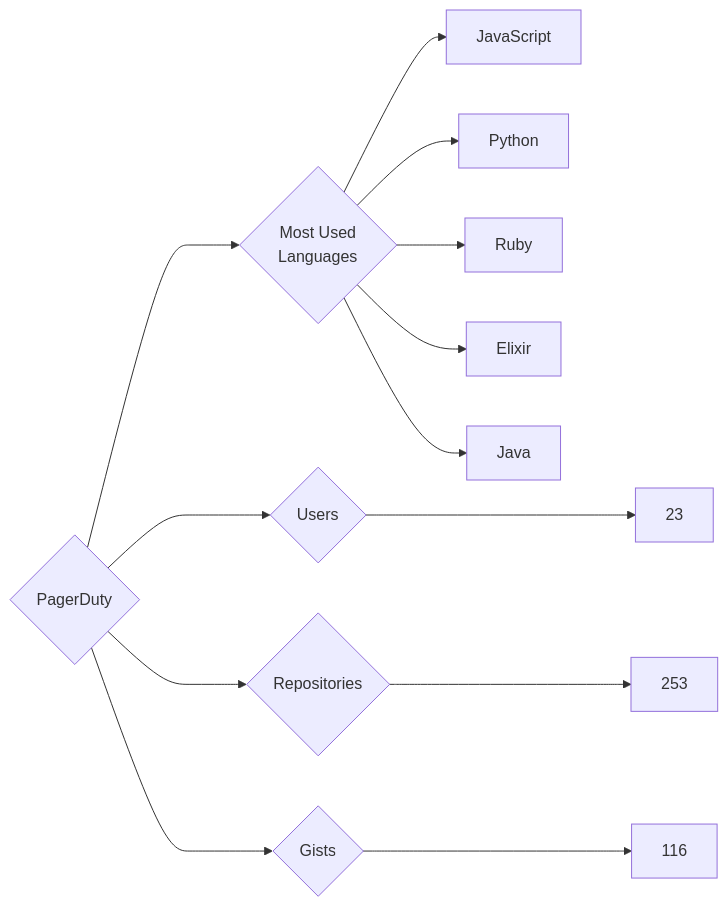
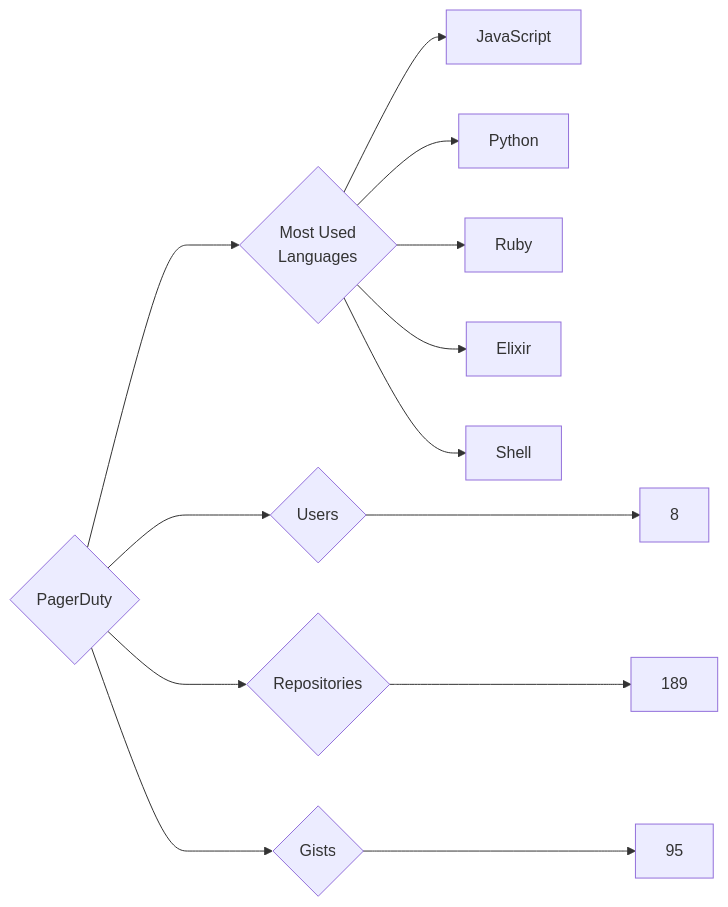
One commit to trickest/insiders changed the diagram in targets/PagerDuty/README.md. Above: the diagram before and after it, drawn with Mermaid. The commit also changed 912 other files, not shown here.

````diff
--- a/targets/PagerDuty/README.md
+++ b/targets/PagerDuty/README.md
@@ -3,13 +3,13 @@
 ```mermaid
 graph LR
 COMPANY_NAME{PagerDuty}
-COMPANY_NAME ---> U{Users} ---> UN[23]
-COMPANY_NAME ---> R{Repositories} ---> RN[253]
-COMPANY_NAME ---> G{Gists} ---> GN[116]
+COMPANY_NAME ---> U{Users} ---> UN[8]
+COMPANY_NAME ---> R{Repositories} ---> RN[189]
+COMPANY_NAME ---> G{Gists} ---> GN[95]
 COMPANY_NAME ---> ML{Most Used<br>Languages}
 ML --> JavaScript[JavaScript]
 ML --> Python[Python]
 ML --> Ruby[Ruby]
 ML --> Elixir[Elixir]
-ML --> Java[Java]
+ML --> Shell[Shell]
 ```
````
